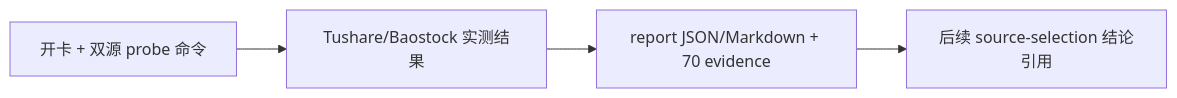
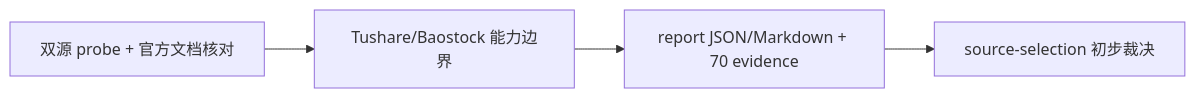
One commit to everything-is-simple/lifespan-0.01 changed the diagram in docs/03-execution/evidence/70-historical-objective-profile-backfill-source-selection-and-governance-evidence-20260415.md. Above: the diagram before and after it, drawn with Mermaid. The commit also changed other lines of this file and 2 other files, not shown here.

Commit message:
docs: refine objective source selection probe results

````diff
--- a/docs/03-execution/evidence/70-historical-objective-profile-backfill-source-selection-and-governance-evidence-20260415.md
+++ b/docs/03-execution/evidence/70-historical-objective-profile-backfill-source-selection-and-governance-evidence-20260415.md
@@ -69,6 +76,6 @@
 ```mermaid
 flowchart LR
-    CMD["开卡 + 双源 probe 命令"] --> OUT["Tushare/Baostock 实测结果"]
+    CMD["双源 probe + 官方文档核对"] --> OUT["Tushare/Baostock 能力边界"]
     OUT --> ART["report JSON/Markdown + 70 evidence"]
-    ART --> REF["后续 source-selection 结论引用"]
+    ART --> REF["source-selection 初步裁决"]
 ```
````
